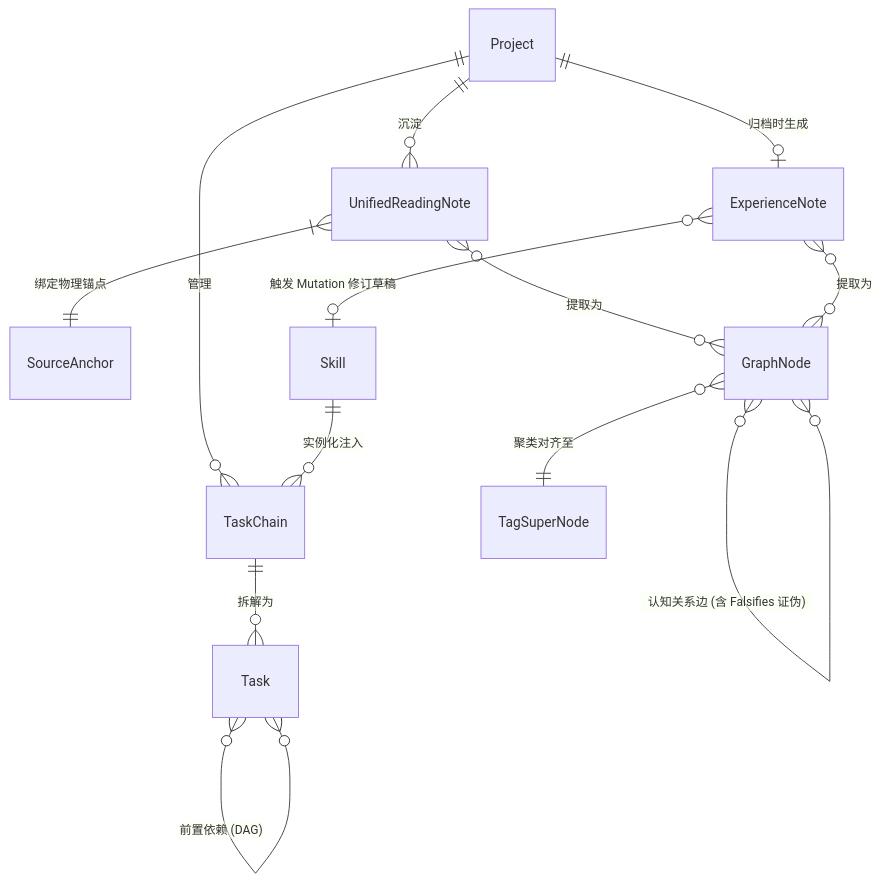
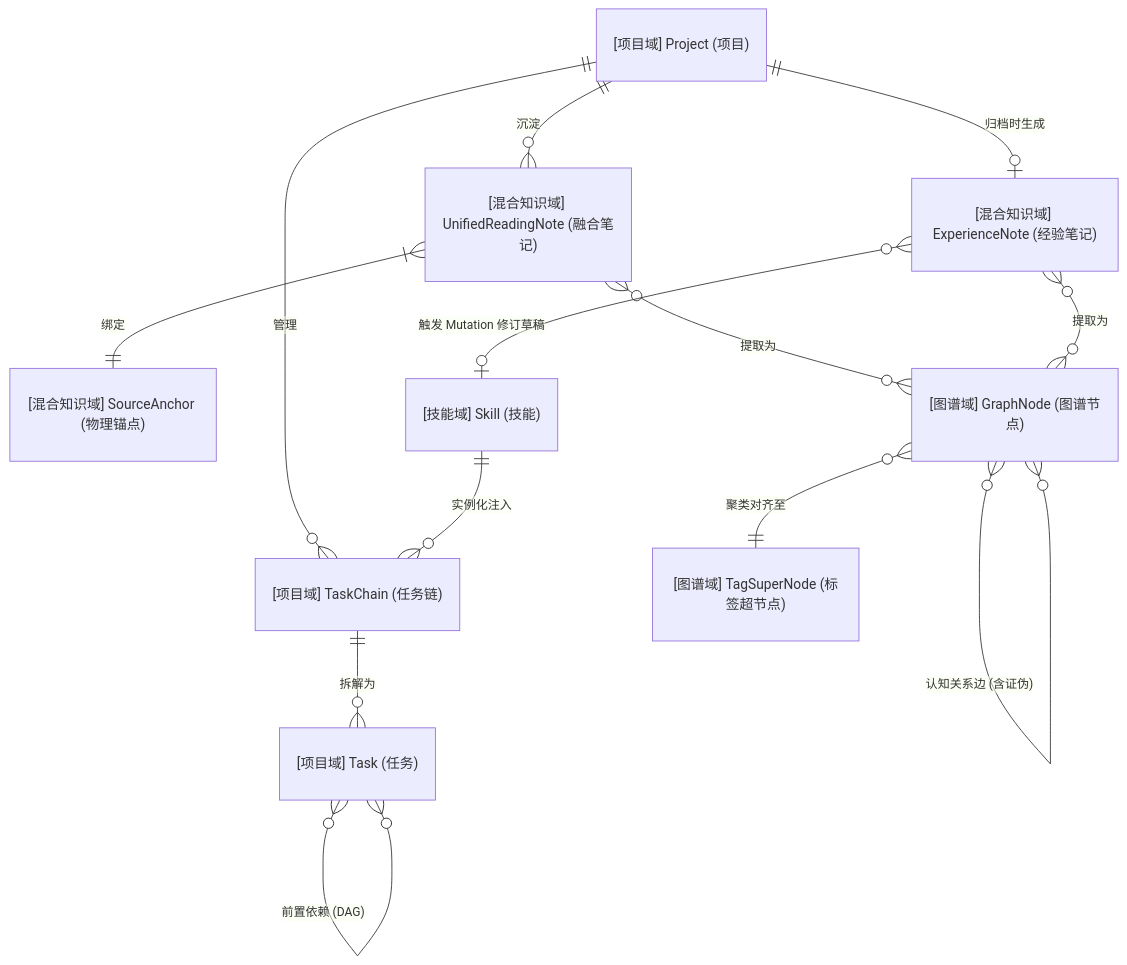
The third of 3 diagrams in docs/06_system_architecture/backend_design_spec_v1.0.md (shanglihong/i-have-a-plan), drawn with Mermaid before and after one commit. The commit also changed other lines of this file, not shown here.

Commit message:
docs: update backend design specification to reflect latest architecture changes

````diff
--- a/docs/06_system_architecture/backend_design_spec_v1.0.md
+++ b/docs/06_system_architecture/backend_design_spec_v1.0.md
@@ -145,22 +158,22 @@
 ```mermaid
 erDiagram
     %% 项目与任务领域
-    Project ||--o{ TaskChain : "管理"
-    TaskChain ||--o{ Task : "拆解为"
-    Task }o--o{ Task : "前置依赖 (DAG)"
+    "[项目域] Project (项目)" ||--o{ "[项目域] TaskChain (任务链)" : "管理"
+    "[项目域] TaskChain (任务链)" ||--o{ "[项目域] Task (任务)" : "拆解为"
+    "[项目域] Task (任务)" }o--o{ "[项目域] Task (任务)" : "前置依赖 (DAG)"
 
     %% 混合知识领域
-    Project ||--o{ UnifiedReadingNote : "沉淀"
-    Project ||--o| ExperienceNote : "归档时生成"
-    UnifiedReadingNote }|--|| SourceAnchor : "绑定物理锚点"
+    "[项目域] Project (项目)" ||--o{ "[混合知识域] UnifiedReadingNote (融合笔记)" : "沉淀"
+    "[项目域] Project (项目)" ||--o| "[混合知识域] ExperienceNote (经验笔记)" : "归档时生成"
+    "[混合知识域] UnifiedReadingNote (融合笔记)" }|--|| "[混合知识域] SourceAnchor (物理锚点)" : "绑定"
     
-    %% 图谱领域 (知识引擎)
-    UnifiedReadingNote }o--o{ GraphNode : "提取为"
-    ExperienceNote }o--o{ GraphNode : "提取为"
-    GraphNode }o--o{ GraphNode : "认知关系边 (含 Falsifies 证伪)"
-    GraphNode }o--|| TagSuperNode : "聚类对齐至"
+    %% 图谱领域 (混合知识引擎底层)
+    "[混合知识域] UnifiedReadingNote (融合笔记)" }o--o{ "[图谱域] GraphNode (图谱节点)" : "提取为"
+    "[混合知识域] ExperienceNote (经验笔记)" }o--o{ "[图谱域] GraphNode (图谱节点)" : "提取为"
+    "[图谱域] GraphNode (图谱节点)" }o--o{ "[图谱域] GraphNode (图谱节点)" : "认知关系边 (含证伪)"
+    "[图谱域] GraphNode (图谱节点)" }o--|| "[图谱域] TagSuperNode (标签超节点)" : "聚类对齐至"
 
     %% 技能提炼领域
-    Skill ||--o{ TaskChain : "实例化注入"
-    ExperienceNote }o--o| Skill : "触发 Mutation 修订草稿"
+    "[技能域] Skill (技能)" ||--o{ "[项目域] TaskChain (任务链)" : "实例化注入"
+    "[混合知识域] ExperienceNote (经验笔记)" }o--o| "[技能域] Skill (技能)" : "触发 Mutation 修订草稿"
 ```
````
